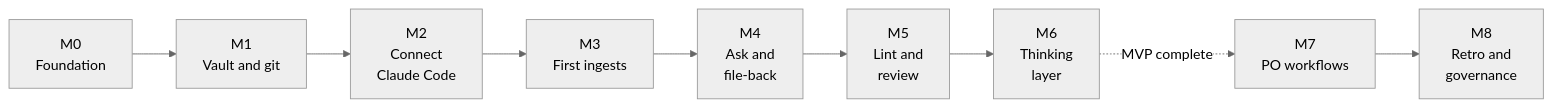
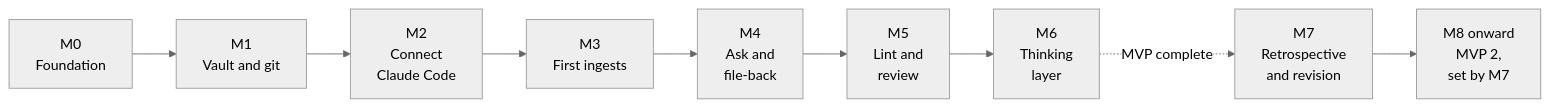
One commit to quocnguyen13/second-brain changed the diagram in mine/projects/thinking-system/06 Roadmap.md. Above: the diagram before and after it, drawn with Mermaid (neutral theme). The commit also changed other lines of this file and 6 other files, not shown here.

Commit message:
M6 closed, MVP complete: handover

````diff
--- a/mine/projects/thinking-system/06 Roadmap.md
+++ b/mine/projects/thinking-system/06 Roadmap.md
@@ -17,11 +17,11 @@
 ```mermaid
 flowchart LR
     M0[M0<br/>Foundation] --> M1[M1<br/>Vault and git]
     M1 --> M2[M2<br/>Connect<br/>Claude Code]
     M2 --> M3[M3<br/>First ingests]
     M3 --> M4[M4<br/>Ask and<br/>file-back]
     M4 --> M5[M5<br/>Lint and<br/>review]
     M5 --> M6[M6<br/>Thinking<br/>layer]
-    M6 -.->|MVP complete| M7[M7<br/>PO workflows]
-    M7 --> M8[M8<br/>Retro and<br/>governance]
+    M6 -.->|MVP complete| M7[M7<br/>Retrospective<br/>and revision]
+    M7 --> M8[M8 onward<br/>MVP 2,<br/>set by M7]
 ```
````
